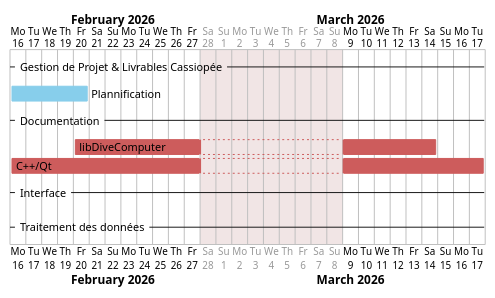
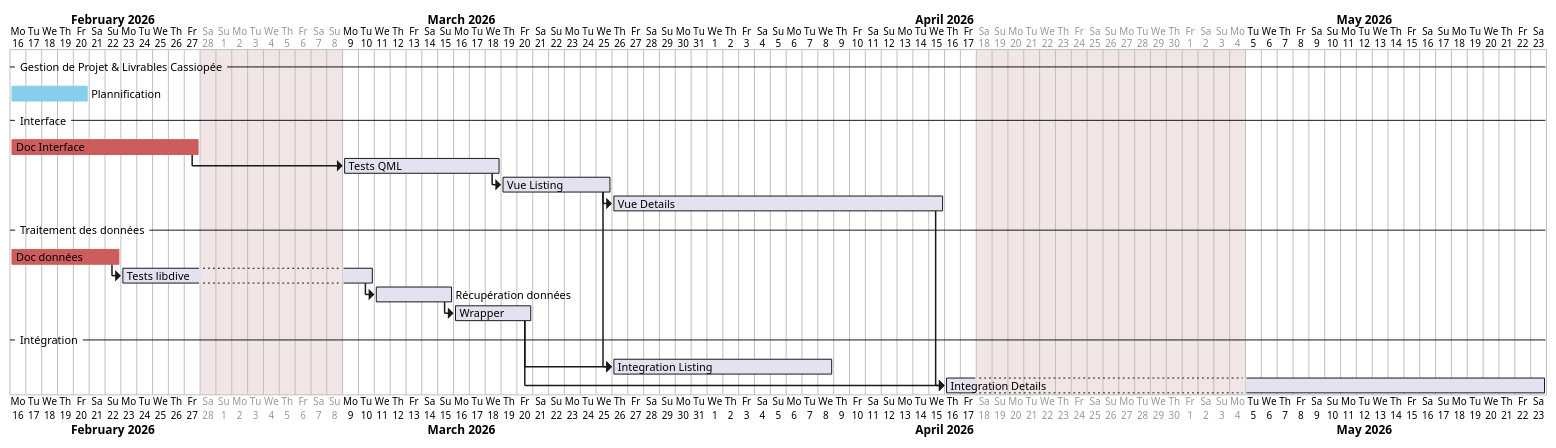
Before and after one commit to AntoFruch/Cassiopee-SubSurface: the diagram in gantt/gantt.pu, drawn with PlantUML. The commit also changed 2 other files, not shown here.

Commit message:
gantt & doc générée par chatGPT pour libdive ( a tester )

```diff
--- a/gantt/gantt.pu
+++ b/gantt/gantt.pu
@@ -1,48 +1,74 @@
 @startgantt GanttChart
 Project starts 2026-02-16
 
 ' Détail des zones a exclure du temps de travail (vacances / CF / autres obligations)
 ' syntaxe  : {date} is closed / {date} to {date} is closed
     
     ' Vacances d'hiver
     2026-02-28 to 2026-03-8 is closed
 
     ' vacances de printemps
     2026-04-18 to 2026-05-04 is closed
 
     ' Obligations Loup
 
     ' Obligations Antonin
 
 ' Fin
 
 ' Detail des taches à effectuer, syntaxe ci-dessous : 
 '   * -- Categorie -- 
 '   * [nom de la tâche] requires/lasts X days/weeks
 '   * possibilité de coloriser avec "and is colored in {couleur}" (les mots clés des couleurs sont préshot par l'extension PlantUML)
 -- Gestion de Projet & Livrables Cassiopée--  
 [Plannification] requires 5 days and is colored in SkyBlue
 
--- Documentation --
-[libDiveComputer] requires 2 weeks and is colored in IndianRed
-[C++/Qt] requires 3 weeks and is colored in IndianRed
-
 -- Interface -- 
+[Doc Interface] requires 12 days and is colored in IndianRed
+[Tests QML] requires 10 days
+[Vue Listing] requires 1 week
+[Vue Details] requires 3 week
 
 -- Traitement des données -- 
+[Doc données] requires 1 weeks and is colored in IndianRed
+[Tests libdive] requires 1 weeks
+[Récupération données] requires 5 days
+[Wrapper] requires 5 days
+
+-- Intégration --
+[Integration Listing] requires 2 weeks
+[Integration Details] requires 3 weeks
 
 ' Fin du détail des tâches
 
 '------------------------------------------------------------
 
 ' Détail des dates de début/fin
 '   * [nom de la tache] starts at {date}
 '   * une date peut être la fin d'un évenement ("X's end") ou son debut ("X's start")
 
 [Plannification] starts at 2026-02-16
 
-[libDiveComputer] starts at 2026-02-20
-[C++/Qt] starts at 2026-02-16
+' Phase doc et tests
+[Doc données] starts at 2026-02-16
+[Tests libdive] starts at [Doc données]'s end
+
+[Doc Interface] starts at 2026-02-16
+[Tests QML] starts at [Doc Interface]'s end
+
+' Phase developpement
+[Vue Listing] starts at [Tests QML]'s end
+[Vue Details] starts at [Vue Listing]'s end
+
+[Récupération données] starts at [Tests libdive]'s end
+[Wrapper] starts at [Récupération données]'s end
+
+'Phase intégration interface / back-end
+
+[Integration Listing] starts at [Wrapper]'s end
+[Integration Listing] starts at [Vue Listing]'s end
+[Integration Details] starts at [Wrapper]'s end
+[Integration Details] starts at [Vue Details]'s end
 
 ' Fin du détail des dates
 @endgantt
```
